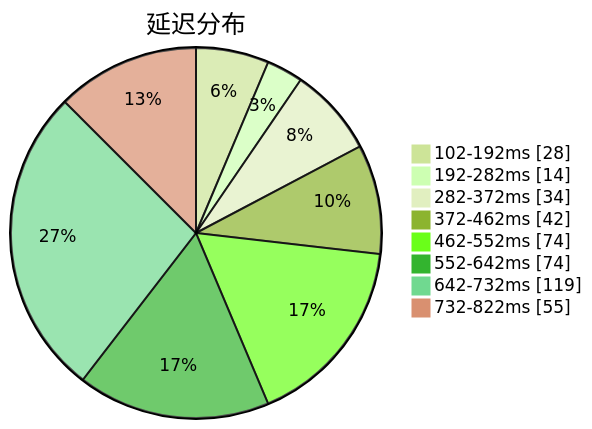
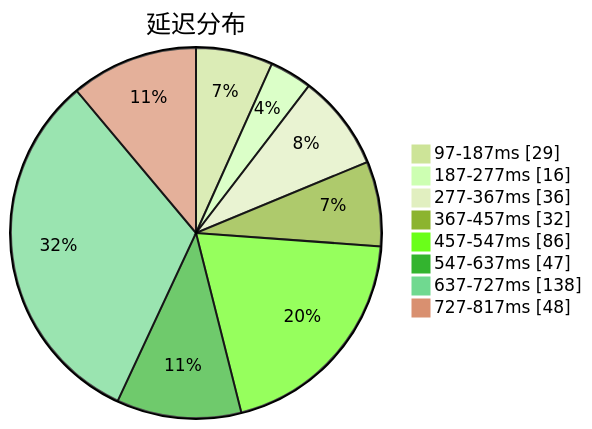
The first of 3 diagrams in subs/statistics/tested_within.md (sinspired/airport), drawn with Mermaid (forest theme) before and after one commit. The commit also changed other lines of this file and 2 other files, not shown here.

````diff
--- a/subs/statistics/tested_within.md
+++ b/subs/statistics/tested_within.md
@@ -2,12 +2,12 @@
 ```mermaid
 pie showData
 title 延迟分布
-"102-192ms" : 28
-"192-282ms" : 14
-"282-372ms" : 34
-"372-462ms" : 42
-"462-552ms" : 74
-"552-642ms" : 74
-"642-732ms" : 119
-"732-822ms" : 55
+"97-187ms" : 29
+"187-277ms" : 16
+"277-367ms" : 36
+"367-457ms" : 32
+"457-547ms" : 86
+"547-637ms" : 47
+"637-727ms" : 138
+"727-817ms" : 48
 ```
````
